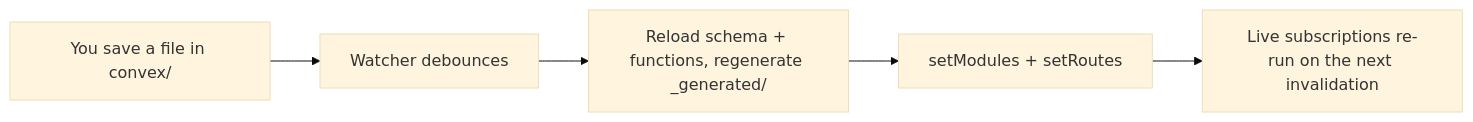
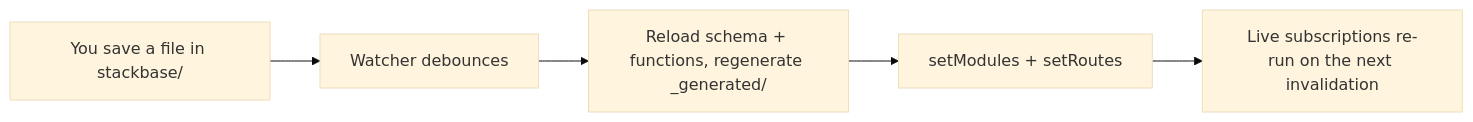
One commit to helipod-sh/helipod changed the diagram in docs/content/docs/deploy/local-dev.mdx. Above: the diagram before and after it, drawn with Mermaid (base theme). The commit also changed other lines of this file and 32 other files, not shown here.

````diff
--- a/docs/content/docs/deploy/local-dev.mdx
+++ b/docs/content/docs/deploy/local-dev.mdx
@@ -142,7 +142,7 @@
 ```mermaid
 flowchart LR
-  Edit["You save a file in convex/"] --> Debounce["Watcher debounces"]
+  Edit["You save a file in stackbase/"] --> Debounce["Watcher debounces"]
   Debounce --> Reload["Reload schema + functions, regenerate _generated/"]
   Reload --> Push["setModules + setRoutes"]
   Push --> Live["Live subscriptions re-run on the next invalidation"]
 ```
````
